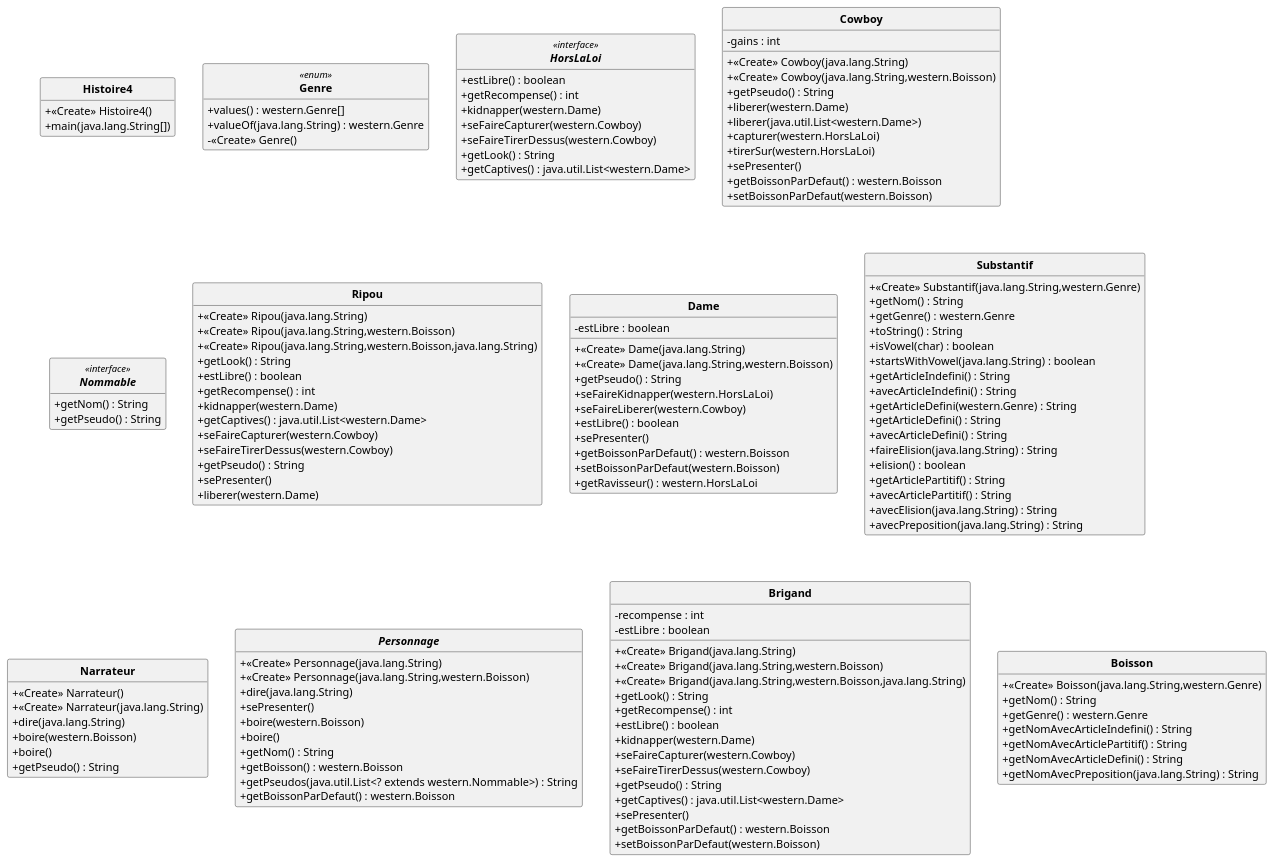
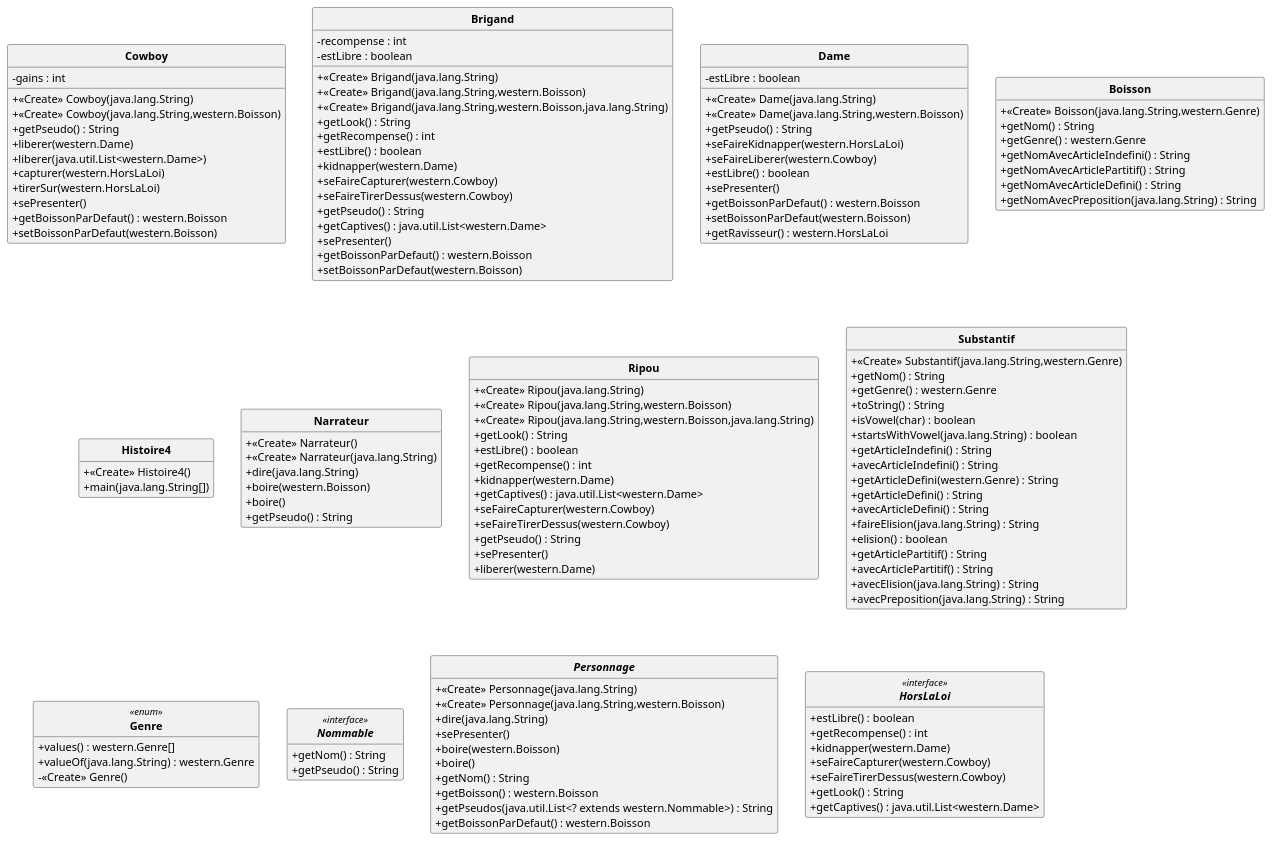
The diagram in uml/westernDCA.puml (yassinkioua/Projet-PumlFromJava), drawn with PlantUML before and after one commit. The commit also changed other lines of this file and 10 other files, not shown here.

Commit message:
Maj diagramme

```diff
--- a/uml/westernDCA.puml
+++ b/uml/westernDCA.puml
@@ -1,148 +1,148 @@
 @startuml
 'https://plantuml.com/class-diagram 
  skinparam classAttributeIconSize 0 
 skinparam classFontStyle Bold
 skinparam style strictuml
 hide empty members
-class Histoire4{ 
-+ <<Create>> Histoire4()
-+ main(java.lang.String[])
-
- } 
-enum Genre <<enum>> { 
-+ values() : western.Genre[]
-+ valueOf(java.lang.String) : western.Genre
-- <<Create>> Genre()
-
- } 
-interface HorsLaLoi <<interface>> { 
-+ estLibre() : boolean
-+ getRecompense() : int
-+ kidnapper(western.Dame)
-+ seFaireCapturer(western.Cowboy)
-+ seFaireTirerDessus(western.Cowboy)
-+ getLook() : String 
-+ getCaptives() : java.util.List<western.Dame>
-
- } 
 class Cowboy{ 
 - gains : int
 + <<Create>> Cowboy(java.lang.String)
 + <<Create>> Cowboy(java.lang.String,western.Boisson)
 + getPseudo() : String 
 + liberer(western.Dame)
 + liberer(java.util.List<western.Dame>)
 + capturer(western.HorsLaLoi)
 + tirerSur(western.HorsLaLoi)
 + sePresenter()
 + getBoissonParDefaut() : western.Boisson
 + setBoissonParDefaut(western.Boisson)
 
  } 
-interface Nommable <<interface>> { 
+class Brigand{ 
+- recompense : int
+- estLibre : boolean
++ <<Create>> Brigand(java.lang.String)
++ <<Create>> Brigand(java.lang.String,western.Boisson)
++ <<Create>> Brigand(java.lang.String,western.Boisson,java.lang.String)
++ getLook() : String 
++ getRecompense() : int
++ estLibre() : boolean
++ kidnapper(western.Dame)
++ seFaireCapturer(western.Cowboy)
++ seFaireTirerDessus(western.Cowboy)
++ getPseudo() : String 
++ getCaptives() : java.util.List<western.Dame>
++ sePresenter()
++ getBoissonParDefaut() : western.Boisson
++ setBoissonParDefaut(western.Boisson)
+
+ } 
+class Dame{ 
+- estLibre : boolean
++ <<Create>> Dame(java.lang.String)
++ <<Create>> Dame(java.lang.String,western.Boisson)
++ getPseudo() : String 
++ seFaireKidnapper(western.HorsLaLoi)
++ seFaireLiberer(western.Cowboy)
++ estLibre() : boolean
++ sePresenter()
++ getBoissonParDefaut() : western.Boisson
++ setBoissonParDefaut(western.Boisson)
++ getRavisseur() : western.HorsLaLoi
+
+ } 
+class Boisson{ 
++ <<Create>> Boisson(java.lang.String,western.Genre)
 + getNom() : String 
++ getGenre() : western.Genre
++ getNomAvecArticleIndefini() : String 
++ getNomAvecArticlePartitif() : String 
++ getNomAvecArticleDefini() : String 
++ getNomAvecPreposition(java.lang.String) : String 
+
+ } 
+class Histoire4{ 
++ <<Create>> Histoire4()
++ main(java.lang.String[])
+
+ } 
+class Narrateur{ 
++ <<Create>> Narrateur()
++ <<Create>> Narrateur(java.lang.String)
++ dire(java.lang.String)
++ boire(western.Boisson)
++ boire()
 + getPseudo() : String 
 
  } 
 class Ripou{ 
 + <<Create>> Ripou(java.lang.String)
 + <<Create>> Ripou(java.lang.String,western.Boisson)
 + <<Create>> Ripou(java.lang.String,western.Boisson,java.lang.String)
 + getLook() : String 
 + estLibre() : boolean
 + getRecompense() : int
 + kidnapper(western.Dame)
 + getCaptives() : java.util.List<western.Dame>
 + seFaireCapturer(western.Cowboy)
 + seFaireTirerDessus(western.Cowboy)
 + getPseudo() : String 
 + sePresenter()
 + liberer(western.Dame)
-
- } 
-class Dame{ 
-- estLibre : boolean
-+ <<Create>> Dame(java.lang.String)
-+ <<Create>> Dame(java.lang.String,western.Boisson)
-+ getPseudo() : String 
-+ seFaireKidnapper(western.HorsLaLoi)
-+ seFaireLiberer(western.Cowboy)
-+ estLibre() : boolean
-+ sePresenter()
-+ getBoissonParDefaut() : western.Boisson
-+ setBoissonParDefaut(western.Boisson)
-+ getRavisseur() : western.HorsLaLoi
 
  } 
 class Substantif{ 
 + <<Create>> Substantif(java.lang.String,western.Genre)
 + getNom() : String 
 + getGenre() : western.Genre
 + toString() : String 
 + isVowel(char) : boolean
 + startsWithVowel(java.lang.String) : boolean
 + getArticleIndefini() : String 
 + avecArticleIndefini() : String 
 + getArticleDefini(western.Genre) : String 
 + getArticleDefini() : String 
 + avecArticleDefini() : String 
 + faireElision(java.lang.String) : String 
 + elision() : boolean
 + getArticlePartitif() : String 
 + avecArticlePartitif() : String 
 + avecElision(java.lang.String) : String 
 + avecPreposition(java.lang.String) : String 
 
  } 
-class Narrateur{ 
-+ <<Create>> Narrateur()
-+ <<Create>> Narrateur(java.lang.String)
-+ dire(java.lang.String)
-+ boire(western.Boisson)
-+ boire()
+enum Genre <<enum>> { 
++ values() : western.Genre[]
++ valueOf(java.lang.String) : western.Genre
+- <<Create>> Genre()
+
+ } 
+interface Nommable <<interface>> { 
++ getNom() : String 
 + getPseudo() : String 
 
  } 
 abstract class Personnage{ 
 + <<Create>> Personnage(java.lang.String)
 + <<Create>> Personnage(java.lang.String,western.Boisson)
 + dire(java.lang.String)
 + sePresenter()
 + boire(western.Boisson)
 + boire()
 + getNom() : String 
 + getBoisson() : western.Boisson
 + getPseudos(java.util.List<? extends western.Nommable>) : String 
 + getBoissonParDefaut() : western.Boisson
 
  } 
-class Brigand{ 
-- recompense : int
-- estLibre : boolean
-+ <<Create>> Brigand(java.lang.String)
-+ <<Create>> Brigand(java.lang.String,western.Boisson)
-+ <<Create>> Brigand(java.lang.String,western.Boisson,java.lang.String)
-+ getLook() : String 
+interface HorsLaLoi <<interface>> { 
++ estLibre() : boolean
 + getRecompense() : int
-+ estLibre() : boolean
 + kidnapper(western.Dame)
 + seFaireCapturer(western.Cowboy)
 + seFaireTirerDessus(western.Cowboy)
-+ getPseudo() : String 
++ getLook() : String 
 + getCaptives() : java.util.List<western.Dame>
-+ sePresenter()
-+ getBoissonParDefaut() : western.Boisson
-+ setBoissonParDefaut(western.Boisson)
-
- } 
-class Boisson{ 
-+ <<Create>> Boisson(java.lang.String,western.Genre)
-+ getNom() : String 
-+ getGenre() : western.Genre
-+ getNomAvecArticleIndefini() : String 
-+ getNomAvecArticlePartitif() : String 
-+ getNomAvecArticleDefini() : String 
-+ getNomAvecPreposition(java.lang.String) : String 
 
  } 
 @enduml
```
